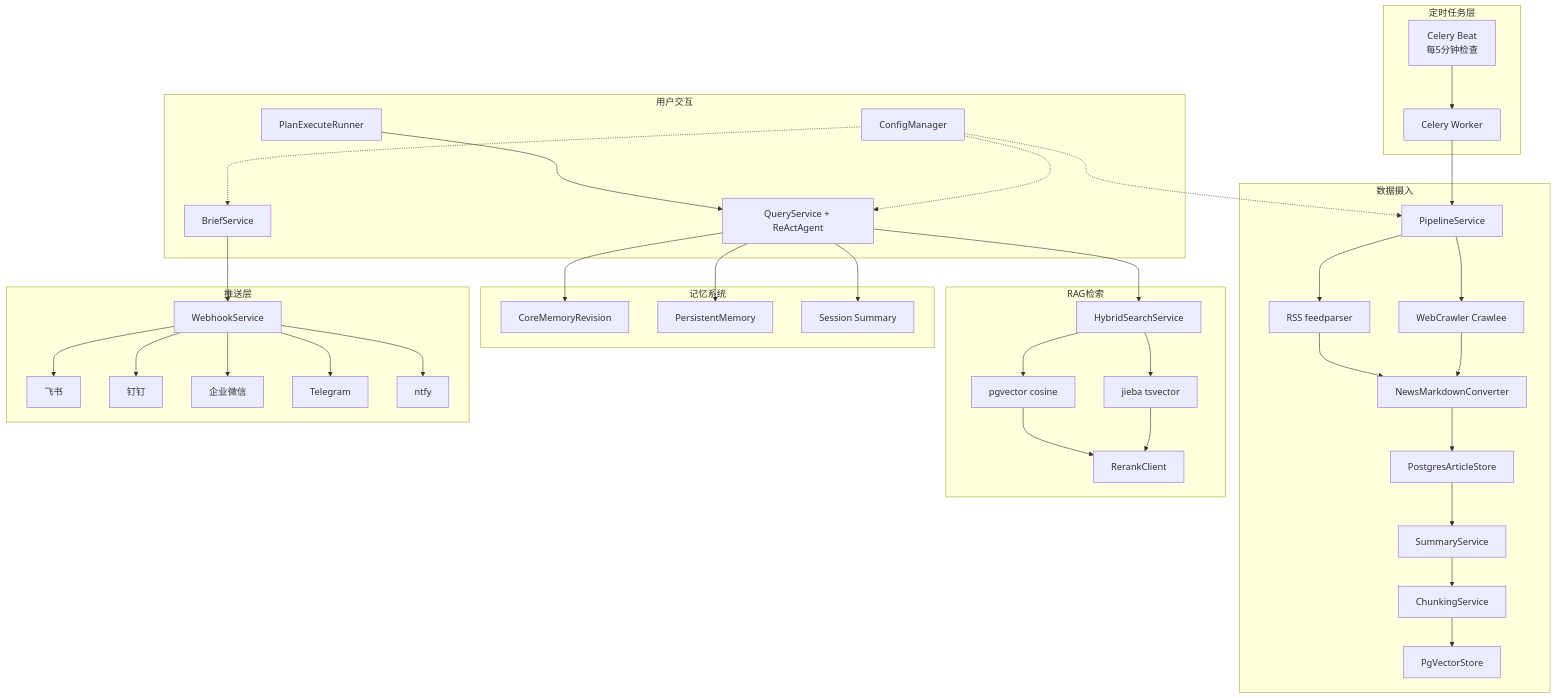
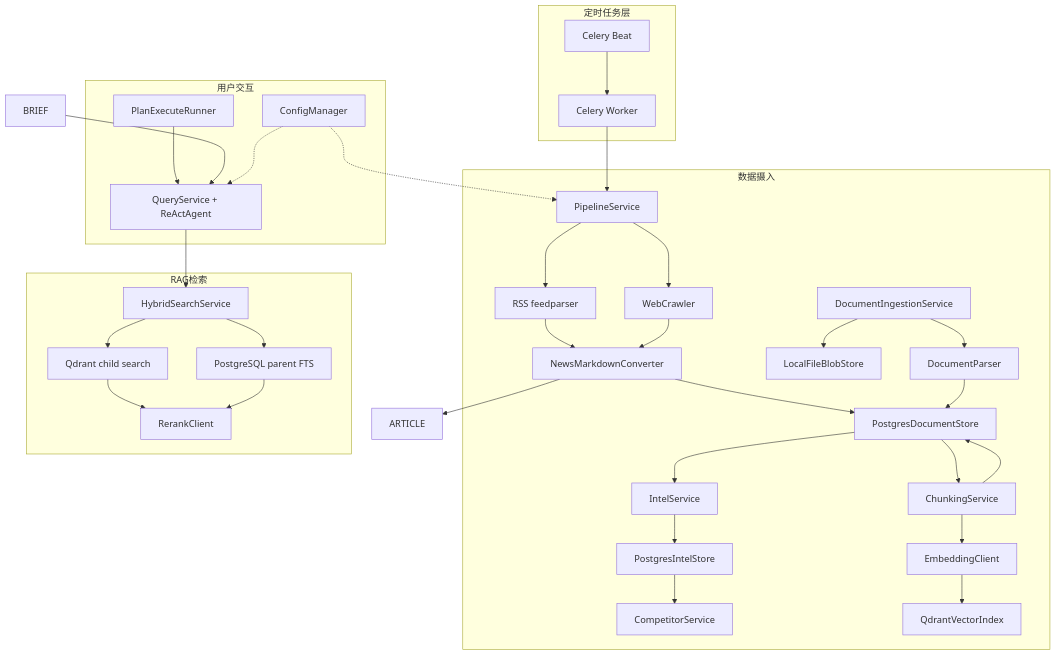
One commit to EtherealStar/InsightForge changed the diagram in docs/flows/index.md. Above: the diagram before and after it, drawn with Mermaid. The commit also changed other lines of this file and 243 other files, not shown here.

````diff
--- a/docs/flows/index.md
+++ b/docs/flows/index.md
@@ -9,78 +9,66 @@
 ```mermaid
 graph TB
     subgraph "定时任务层"
-        BEAT[Celery Beat<br/>每5分钟检查]
+        BEAT[Celery Beat]
         WORKER[Celery Worker]
     end
 
     subgraph "数据摄入"
         PIPELINE[PipelineService]
         RSS[RSS feedparser]
-        CRAWL[WebCrawler Crawlee]
+        CRAWL[WebCrawler]
         MD[NewsMarkdownConverter]
-        STORE[PostgresArticleStore]
-        SUMMARY[SummaryService]
+        DOC[PostgresDocumentStore]
+        INTEL[IntelService]
+        FACTS[PostgresIntelStore]
+        COMP[CompetitorService]
+        UPLOAD[DocumentIngestionService]
+        BLOB[LocalFileBlobStore]
+        PARSER[DocumentParser]
         CHUNK[ChunkingService]
-        EMBED[PgVectorStore]
+        EMB[EmbeddingClient]
+        QD[QdrantVectorIndex]
+    end
+
+    subgraph "RAG检索"
+        HYBRID[HybridSearchService]
+        SEM[Qdrant child search]
+        KEY[PostgreSQL parent FTS]
+        RERANK[RerankClient]
     end
 
     subgraph "用户交互"
         QUERY[QueryService + ReActAgent]
         RESEARCH[PlanExecuteRunner]
-        BRIEF[BriefService]
         CONFIG[ConfigManager]
-    end
-
-    subgraph "RAG检索"
-        HYBRID[HybridSearchService]
-        VECTOR[pgvector cosine]
-        KEYWORD[jieba tsvector]
-        RERANK[RerankClient]
-    end
-
-    subgraph "记忆系统"
-        CORE[CoreMemoryRevision]
-        PERSIST[PersistentMemory]
-        SESSION[Session Summary]
-    end
-
-    subgraph "推送层"
-        WEBHOOK[WebhookService]
-        FEISHU[飞书]
-        DINGTALK[钉钉]
-        WECOM[企业微信]
-        TELEGRAM[Telegram]
-        NTFY[ntfy]
     end
 
     BEAT --> WORKER --> PIPELINE
     PIPELINE --> RSS
     PIPELINE --> CRAWL
     RSS --> MD
     CRAWL --> MD
-    MD --> STORE
-    STORE --> SUMMARY
-    SUMMARY --> CHUNK
-    CHUNK --> EMBED
+    MD --> ARTICLE
+    MD --> DOC
+    DOC --> INTEL
+    INTEL --> FACTS
+    FACTS --> COMP
+    UPLOAD --> BLOB
+    UPLOAD --> PARSER
+    PARSER --> DOC
+    DOC --> CHUNK
+    CHUNK --> DOC
+    CHUNK --> EMB
+    EMB --> QD
 
     QUERY --> HYBRID
-    HYBRID --> VECTOR
-    HYBRID --> KEYWORD
-    VECTOR --> RERANK
-    KEYWORD --> RERANK
+    HYBRID --> SEM
+    HYBRID --> KEY
+    SEM --> RERANK
+    KEY --> RERANK
 
-    QUERY --> CORE
-    QUERY --> PERSIST
-    QUERY --> SESSION
     RESEARCH --> QUERY
-    BRIEF --> WEBHOOK
-    WEBHOOK --> FEISHU
-    WEBHOOK --> DINGTALK
-    WEBHOOK --> WECOM
-    WEBHOOK --> TELEGRAM
-    WEBHOOK --> NTFY
-
+    BRIEF --> QUERY
     CONFIG -.-> PIPELINE
     CONFIG -.-> QUERY
-    CONFIG -.-> BRIEF
 ```
````
